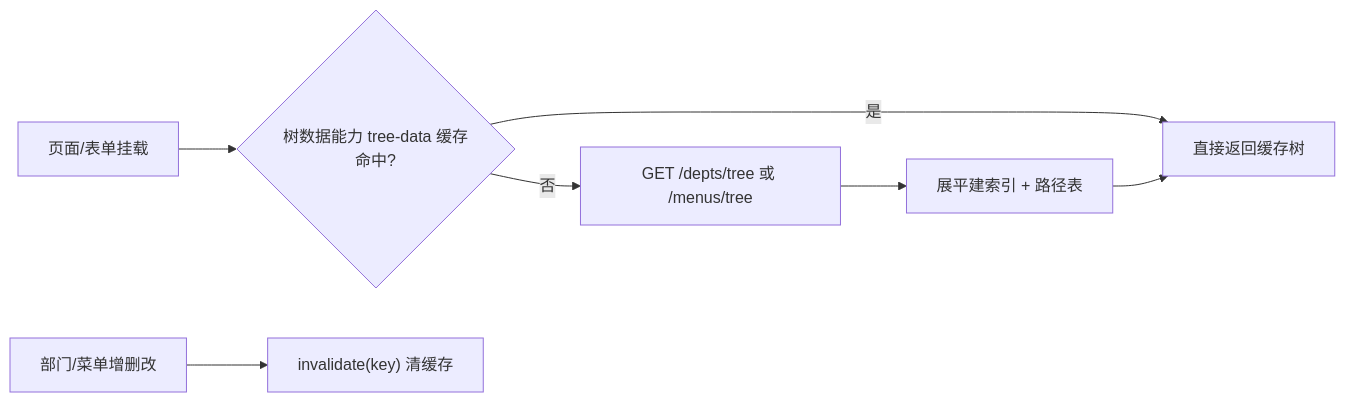
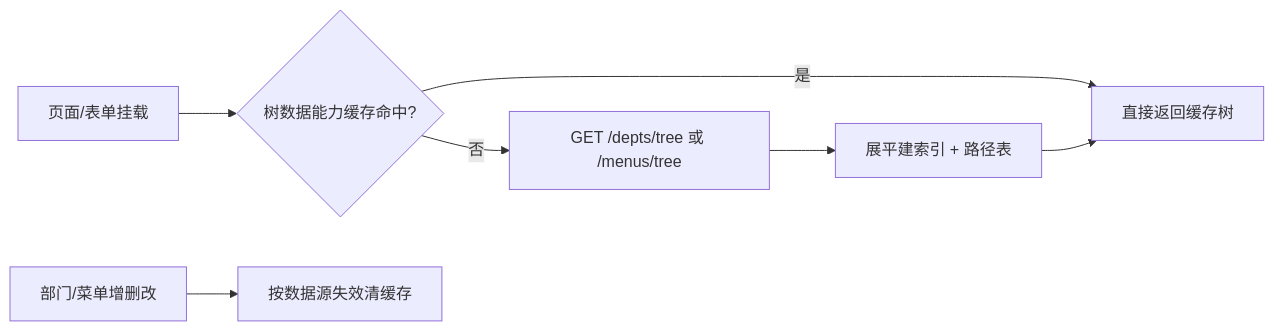
The diagram in bms文档/设计/组件设计/06_字段类/04_组件设计_树选择字段/04_组件设计_树选择字段.md (minjian123/basic-management-system), drawn with Mermaid before and after one commit. The commit also changed other lines of this file and 238 other files, not shown here.

````diff
--- a/bms文档/设计/组件设计/06_字段类/04_组件设计_树选择字段/04_组件设计_树选择字段.md
+++ b/bms文档/设计/组件设计/06_字段类/04_组件设计_树选择字段/04_组件设计_树选择字段.md
@@ -42,9 +43,9 @@
 ```mermaid
 flowchart LR
-    A["页面/表单挂载"] --> B{"树数据能力 tree-data 缓存命中?"}
+    A["页面/表单挂载"] --> B{"树数据能力缓存命中?"}
     B -- 是 --> C["直接返回缓存树"]
     B -- 否 --> D["GET /depts/tree 或 /menus/tree"]
     D --> E["展平建索引 + 路径表"]
     E --> C
-    F["部门/菜单增删改"] --> G["invalidate(key) 清缓存"]
+    F["部门/菜单增删改"] --> G["按数据源失效清缓存"]
 ```
````
